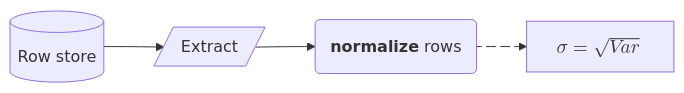
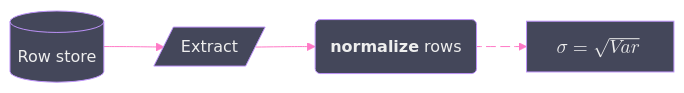
Before and after one commit to bsamiee/Rasm: the first of 5 diagrams in .claude/skills/mermaid-diagramming/references/syntax-core.md, drawn with Mermaid. The commit also changed other lines of this file and 55 other files, not shown here.

````diff
--- a/.claude/skills/mermaid-diagramming/references/syntax-core.md
+++ b/.claude/skills/mermaid-diagramming/references/syntax-core.md
@@ -15,7 +15,17 @@
 ```mermaid
+---
+config:
+  theme: base
+  themeVariables:
+    darkMode: true
+    mainBkg: "#44475A"
+    nodeBorder: "#BD93F9"
+    lineColor: "#FF79C6"
+    textColor: "#F8F8F2"
+---
 flowchart LR
     Store@{ shape: cyl, label: "Row store" } --> Extract@{ shape: lean-r, label: "Extract" }
     Extract --> Norm("`**normalize** rows`")
     Norm e1@--> Score["$$\sigma = \sqrt{Var}$$"]
     e1@{ animate: true }
 ```
````
